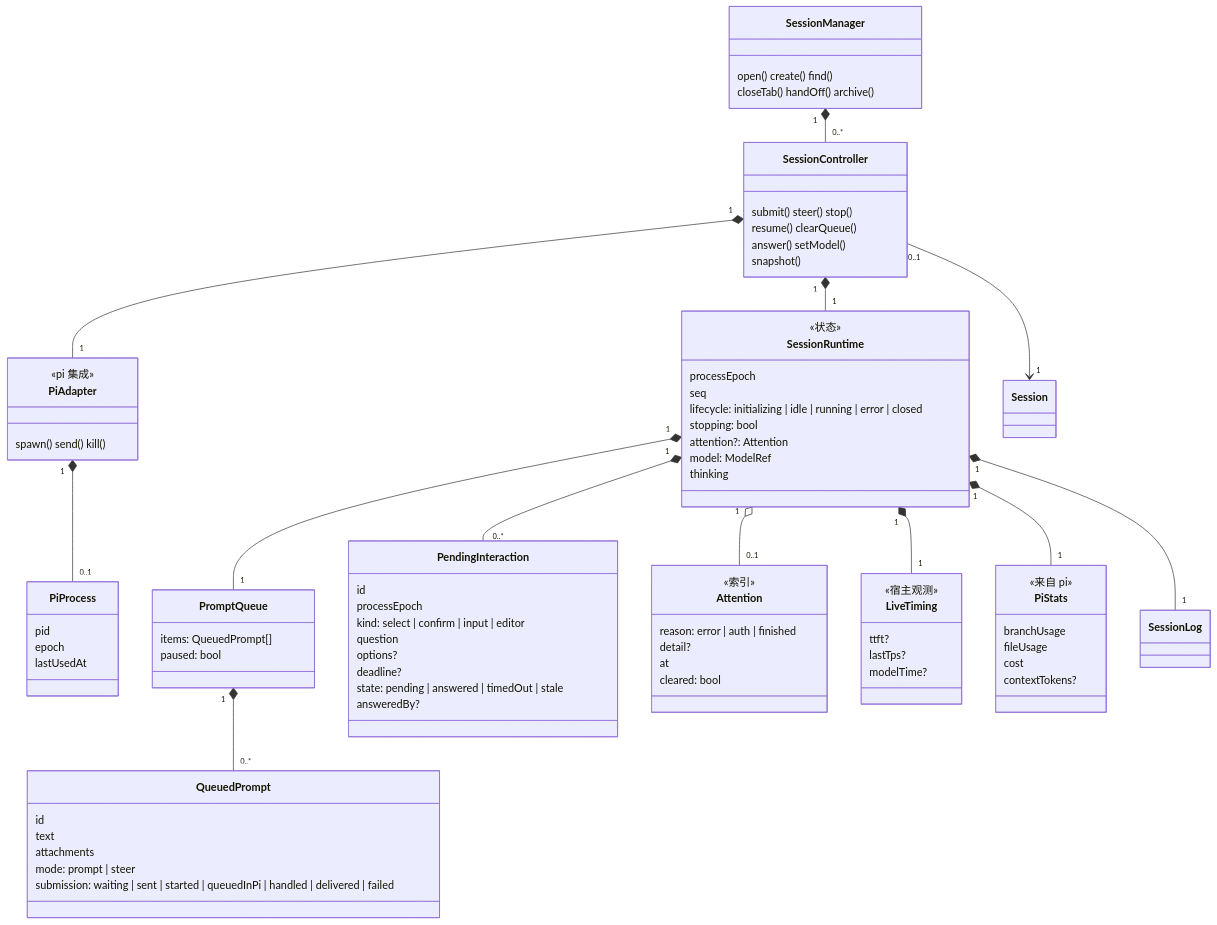
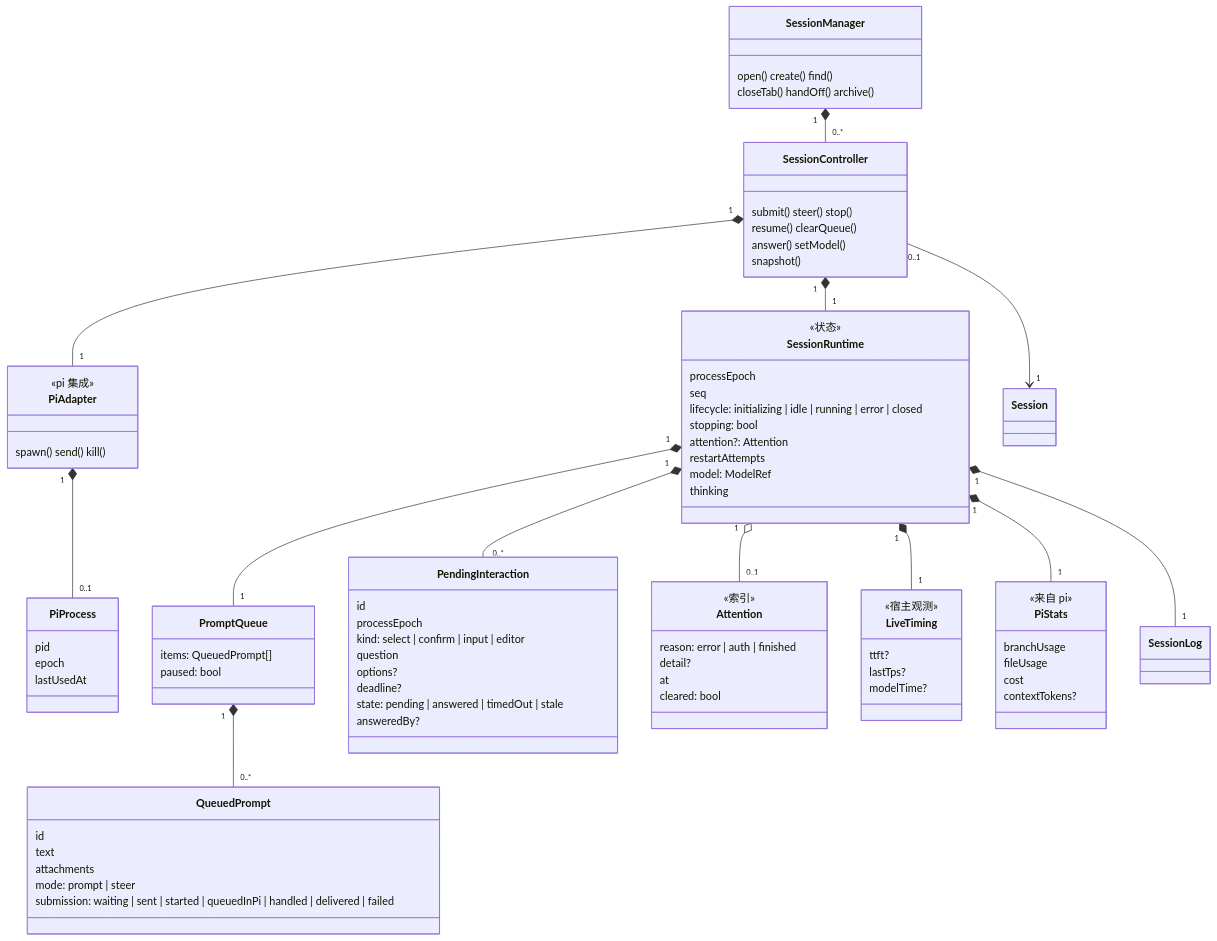
One commit to Wan-Kai/atrium changed the third of 7 diagrams in docs/architecture/domain-model.md. Above: the diagram before and after it, drawn with Mermaid. The commit also changed other lines of this file and 1 other file, not shown here.

```diff
--- a/docs/architecture/domain-model.md
+++ b/docs/architecture/domain-model.md
@@ -224,6 +225,7 @@
       lifecycle: initializing | idle | running | error | closed
       stopping: bool
       attention?: Attention
+      restartAttempts
       model: ModelRef
       thinking
     }
```
